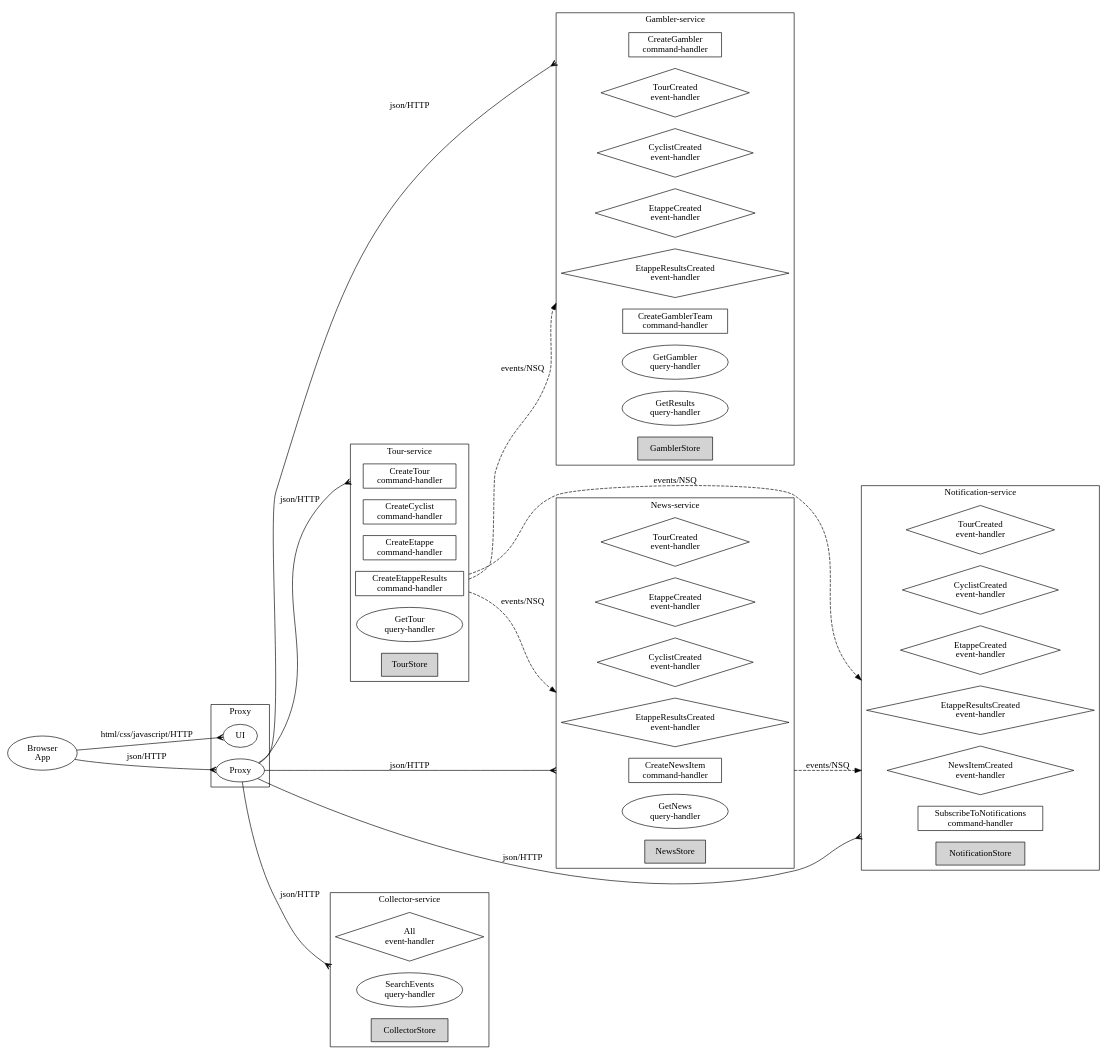
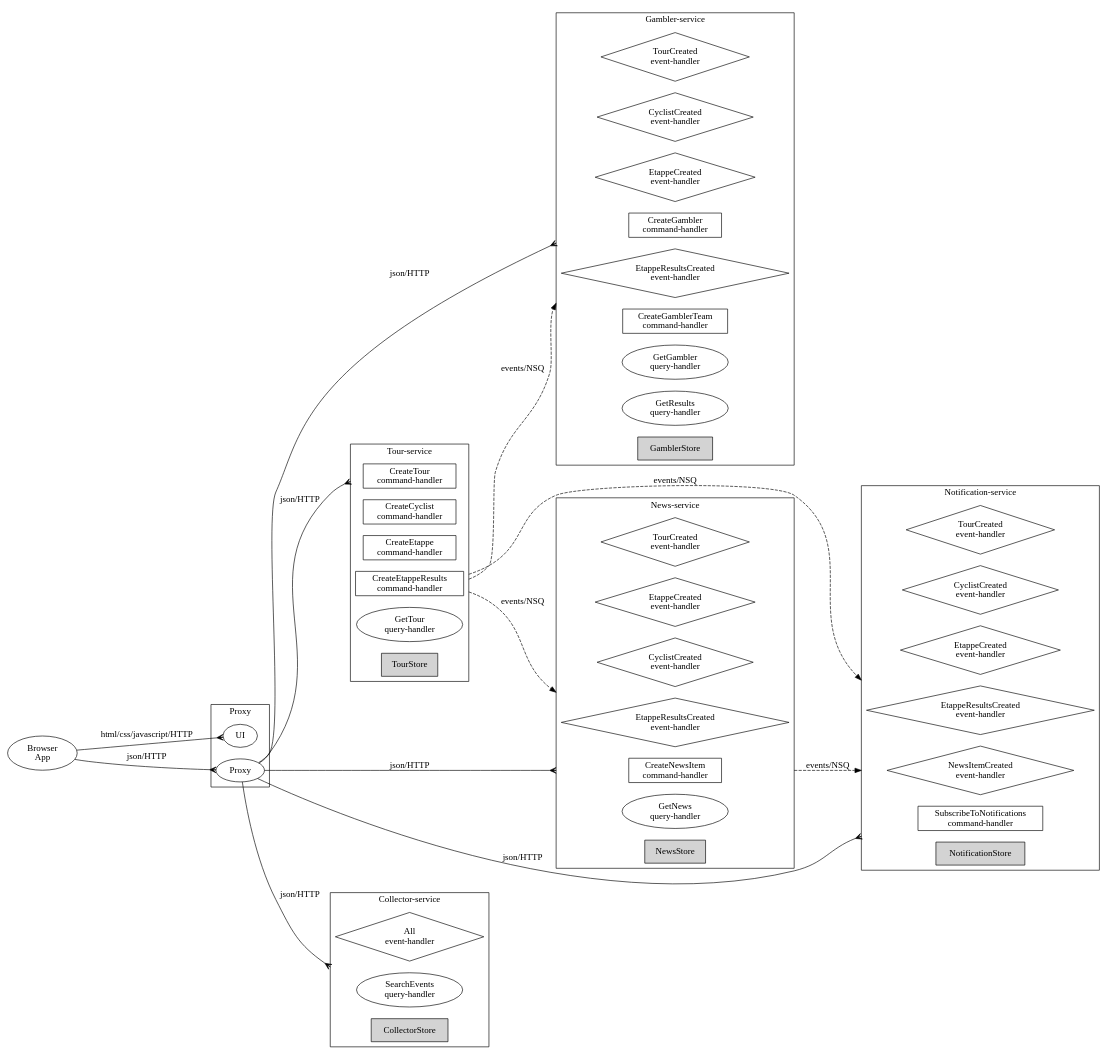
One commit to MarcGrol/microgen changed the diagram in tourApp/doc/graphviz.dot. Above: the diagram before and after it, drawn with Graphviz. The commit also changed other lines of this file and 14 other files, not shown here.

```diff
--- a/tourApp/doc/graphviz.dot
+++ b/tourApp/doc/graphviz.dot
@@ -50,13 +50,13 @@
 
 		// events
 		 
-			"GamblerEtappeResultsCreated" [label="EtappeResultsCreated\nevent-handler", shape=diamond];
-		 
 			"GamblerTourCreated" [label="TourCreated\nevent-handler", shape=diamond];
 		 
 			"GamblerCyclistCreated" [label="CyclistCreated\nevent-handler", shape=diamond];
 		 
 			"GamblerEtappeCreated" [label="EtappeCreated\nevent-handler", shape=diamond];
+		 
+			"GamblerEtappeResultsCreated" [label="EtappeResultsCreated\nevent-handler", shape=diamond];
 		
 		// commands
 		
```
